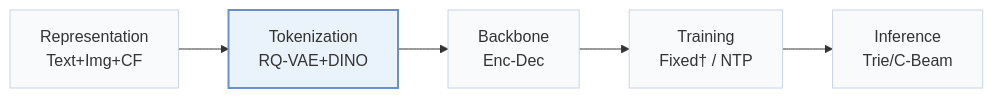
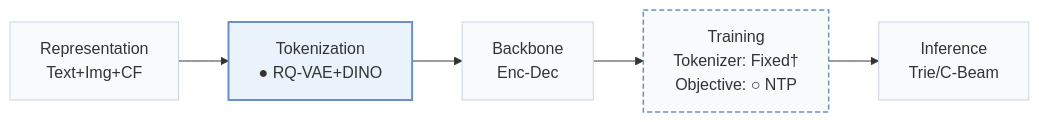
Before and after one commit to Galaxy-ghost/Awesome-SID-Generative-Rec: the first of 2 diagrams in pages/papers/mscgrec.md, drawn with Mermaid. The commit also changed other lines of this file and 558 other files, not shown here.

````diff
--- a/pages/papers/mscgrec.md
+++ b/pages/papers/mscgrec.md
@@ -15,8 +18,10 @@
 ```mermaid
 flowchart LR
-    R["Representation<br/>Text+Img+CF"] --> T["Tokenization<br/>RQ-VAE+DINO"] --> B["Backbone<br/>Enc-Dec"] --> TR["Training<br/>Fixed† / NTP"] --> I["Inference<br/>Trie/C-Beam"]
+    R["Representation<br/>Text+Img+CF"] --> T["Tokenization<br/>● RQ-VAE+DINO"] --> B["Backbone<br/>Enc-Dec"] --> TR["Training<br/>Tokenizer: Fixed†<br/>Objective: ○ NTP"] --> I["Inference<br/>Trie/C-Beam"]
     classDef base fill:#f8fafc,stroke:#cbd5e1
     class R,T,B,TR,I base
+    classDef other fill:#f8fafc,stroke:#6b8fc7,stroke-width:1.5px,stroke-dasharray:5 3
+    class TR other
     classDef main fill:#eaf2fb,stroke:#6b8fc7,stroke-width:2px
     class T main
 ```
````
